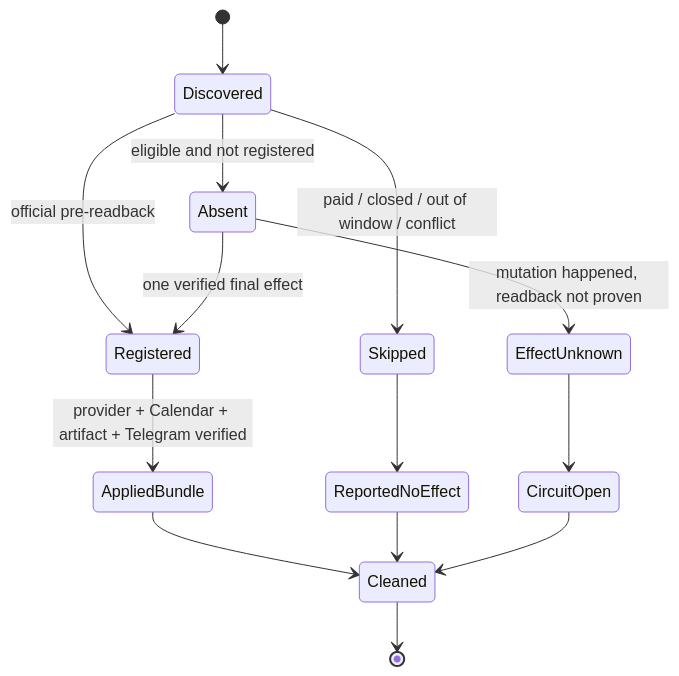
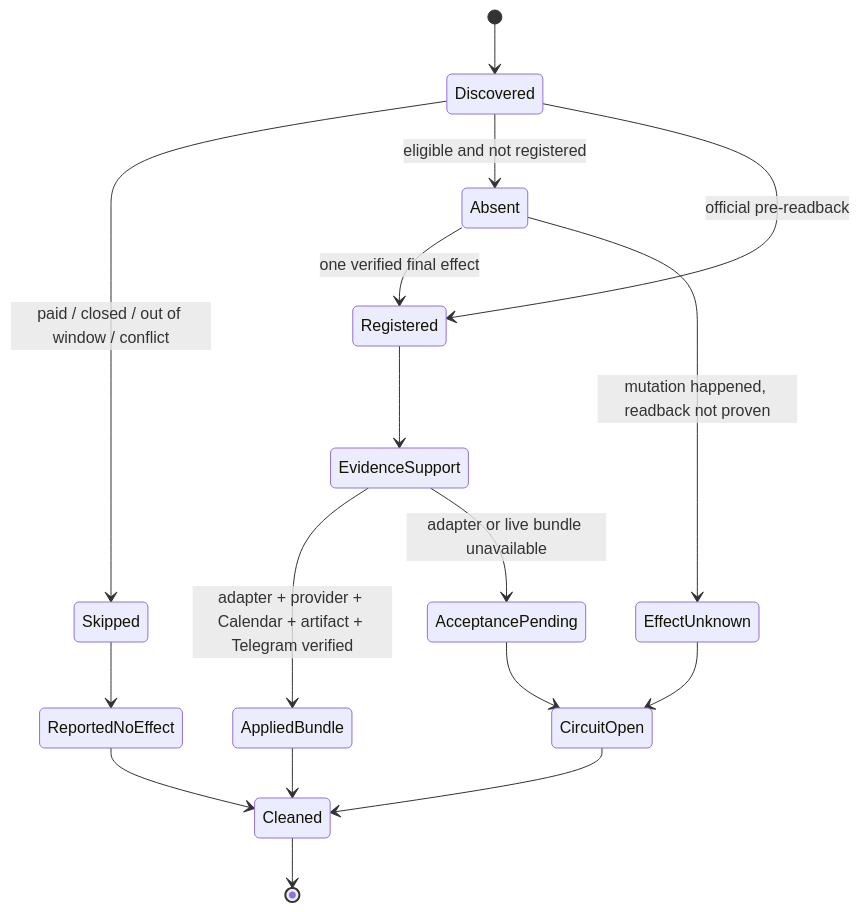
The second of 2 diagrams in README.md (Daisuke134/anicca), drawn with Mermaid before and after one commit. The commit also changed other lines of this file and 1 other file, not shown here.

Commit message:
docs(connector): reconcile final architecture state

````diff
--- a/README.md
+++ b/README.md
@@ -163,16 +168,19 @@
 ```mermaid
 stateDiagram-v2
     [*] --> Discovered
     Discovered --> Skipped: paid / closed / out of window / conflict
     Discovered --> Absent: eligible and not registered
     Discovered --> Registered: official pre-readback
     Absent --> Registered: one verified final effect
     Absent --> EffectUnknown: mutation happened, readback not proven
-    Registered --> AppliedBundle: provider + Calendar + artifact + Telegram verified
+    Registered --> EvidenceSupport
+    EvidenceSupport --> AppliedBundle: adapter + provider + Calendar + artifact + Telegram verified
+    EvidenceSupport --> AcceptancePending: adapter or live bundle unavailable
     Skipped --> ReportedNoEffect
     EffectUnknown --> CircuitOpen
+    AcceptancePending --> CircuitOpen
     AppliedBundle --> Cleaned
     ReportedNoEffect --> Cleaned
     CircuitOpen --> Cleaned
     Cleaned --> [*]
 ```
````
